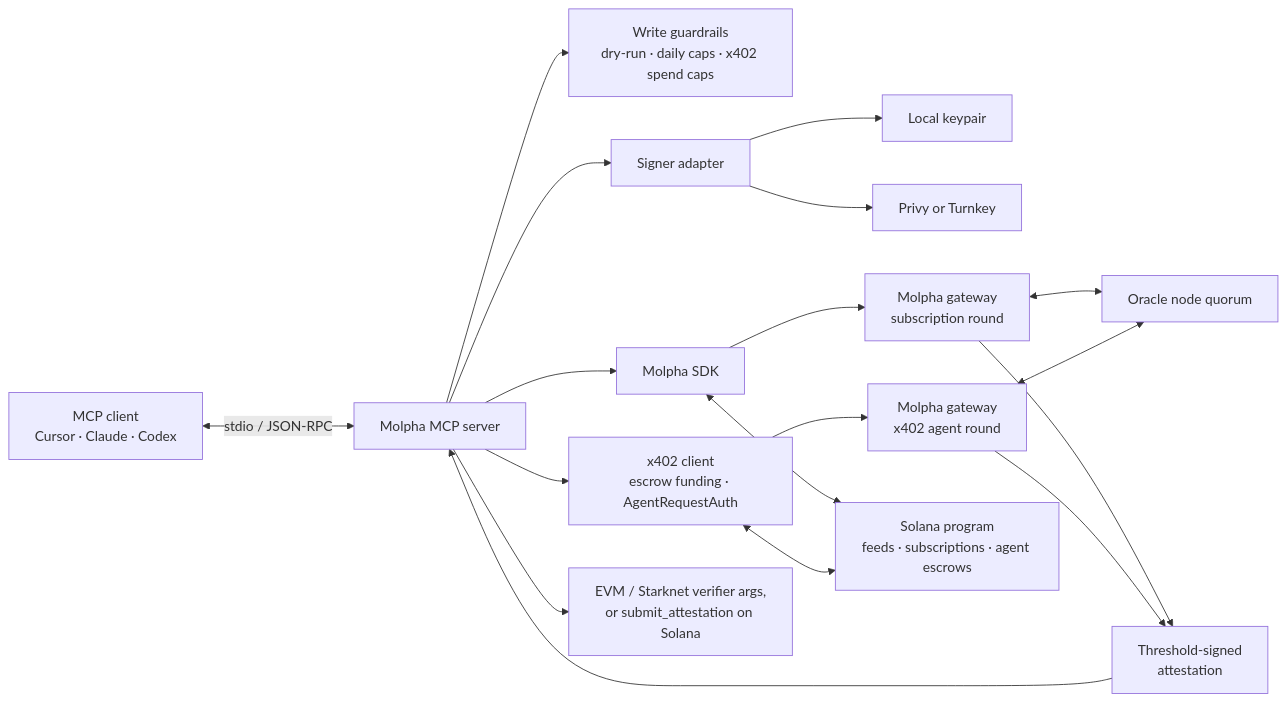
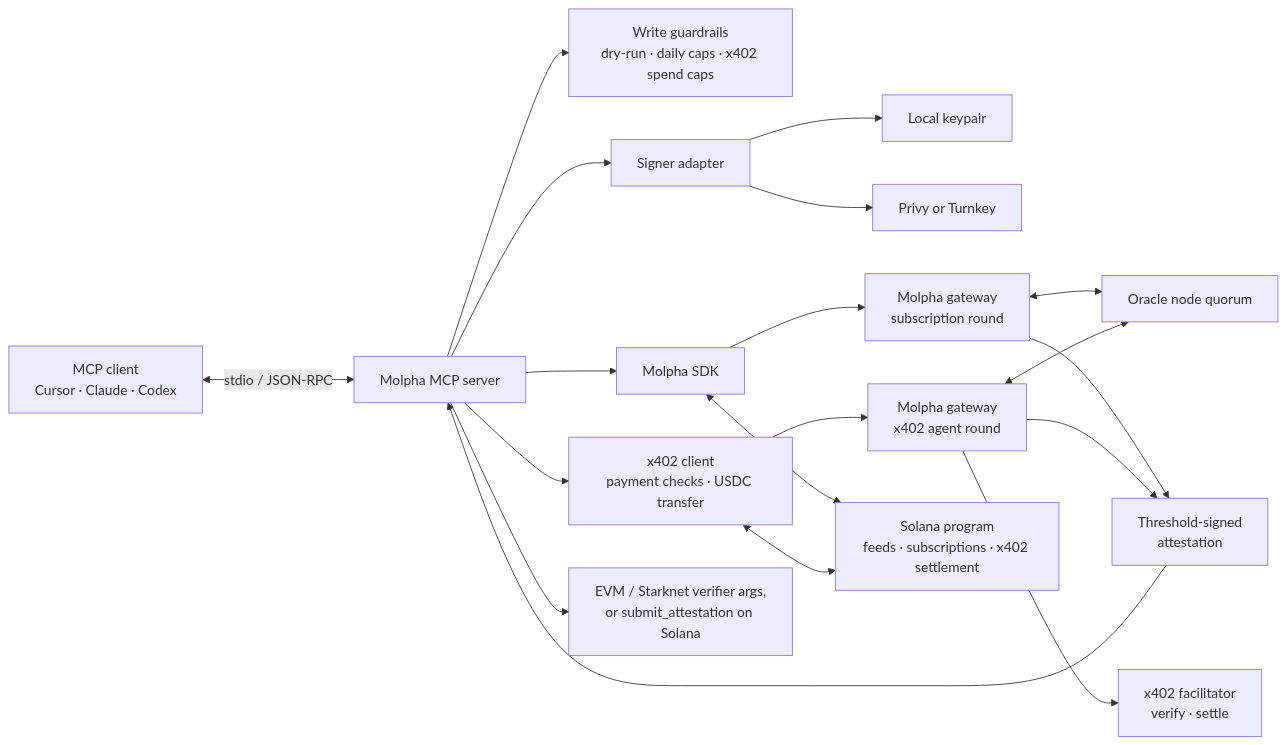
One commit to Molpha/molpha-mcp changed the diagram in README.md. Above: the diagram before and after it, drawn with Mermaid. The commit also changed other lines of this file and 17 other files, not shown here.

Commit message:
Refactor x402 payment handling and update agent round tools

````diff
--- a/README.md
+++ b/README.md
@@ -204,20 +204,21 @@
 ```mermaid
 flowchart LR
     Client["MCP client<br/>Cursor · Claude · Codex"] <-->|"stdio / JSON-RPC"| Server["Molpha MCP server"]
     Server --> Guardrails["Write guardrails<br/>dry-run · daily caps · x402 spend caps"]
     Server --> Signer["Signer adapter"]
     Signer --> Memory["Local keypair"]
     Signer --> Keychain["Privy or Turnkey"]
     Server --> SDK["Molpha SDK"]
-    Server --> X402["x402 client<br/>escrow funding · AgentRequestAuth"]
+    Server --> X402["x402 client<br/>payment checks · USDC transfer"]
     SDK --> Gateway["Molpha gateway<br/>subscription round"]
     X402 --> Gateway2["Molpha gateway<br/>x402 agent round"]
+    Gateway2 --> Facilitator["x402 facilitator<br/>verify · settle"]
     Gateway <--> Nodes["Oracle node quorum"]
     Gateway2 <--> Nodes
-    SDK <--> Solana["Solana program<br/>feeds · subscriptions · agent escrows"]
+    SDK <--> Solana["Solana program<br/>feeds · subscriptions · x402 settlement"]
     X402 <--> Solana
     Gateway --> Artifact["Threshold-signed<br/>attestation"]
     Gateway2 --> Artifact
     Artifact --> Server
     Server --> Args["EVM / Starknet verifier args,<br/>or submit_attestation on Solana"]
 ```
````
